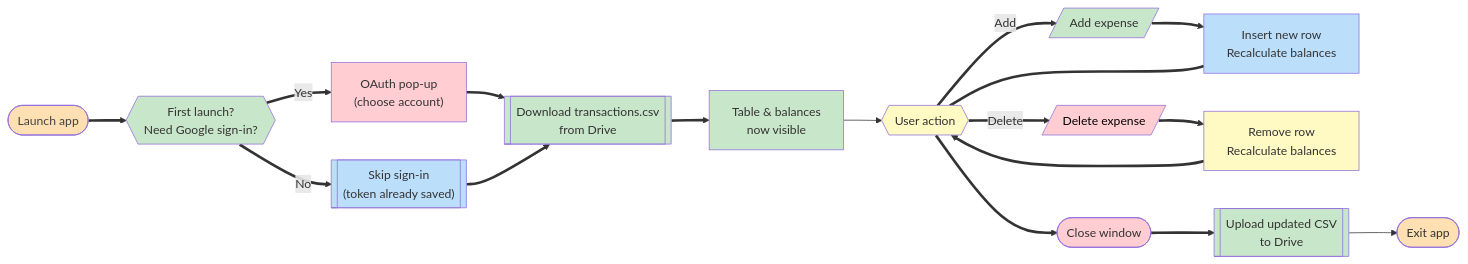
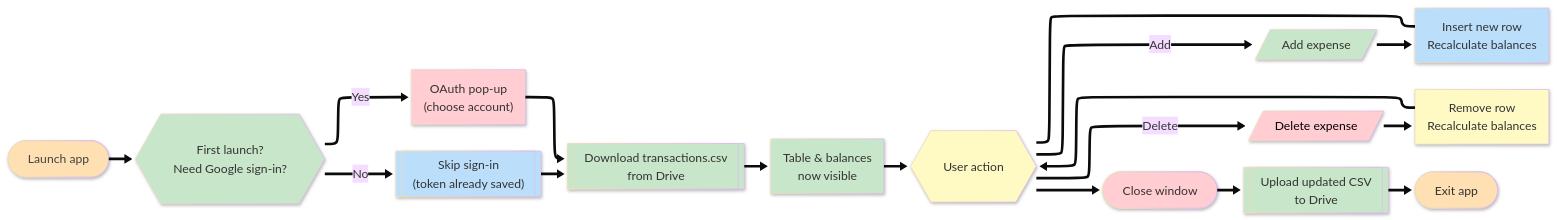
The diagram in app_workflow.md (adrianveen/splitter_app), drawn with Mermaid before and after one commit.

Commit message:
flow chart changes

````diff
--- a/app_workflow.md
+++ b/app_workflow.md
@@ -1,35 +1,39 @@
 ```mermaid
-%%{ init: { theme: "default", flowchart: { layout: "dagre" } } }%%
+---
+config:
+  layout: elk
+  look: neo
+  theme: base
+---
 flowchart LR
-    A(["Launch app"]) ==> B{{"First launch?<br/>Need Google sign-in?"}}
-    B == Yes ==> C["OAuth pop-up<br/>(choose account)"]
-    C ==> E[["Download transactions.csv<br/>from Drive"]]
-    B == No ==> D[["Skip sign-in<br/>(token already saved)"]]
+    A(["Launch app"]) ==> B{{"First launch?<br>Need Google sign-in?"}}
+    B == Yes ==> C["OAuth pop-up<br>(choose account)"]
+    C ==> E[["Download transactions.csv<br>from Drive"]]
+    B == No ==> D[["Skip sign-in<br>(token already saved)"]]
     D ==> E
-    E ==> F["Table & balances<br/>now visible"]
-    F --> G{{"User action"}}
+    E ==> F["Table &amp; balances<br>now visible"]
+    F ==> G{{"User action"}}
     G == Add ==> H[/"Add expense"/]
-    H ==> I["Insert new row<br/>Recalculate balances"]
+    H ==> I["Insert new row<br>Recalculate balances"]
     I === G
     G == Delete ==> J[/"Delete expense"/]
-    J ==> K["Remove row<br/>Recalculate balances"]
+    J ==> K["Remove row<br>Recalculate balances"]
     K ==> G
     G ==> L(["Close window"])
-    L ==> M[["Upload updated CSV<br/>to Drive"]]
-    M --> N(["Exit app"])
-    %%  colours (keep if you like – they inline fine)
+    L ==> M[["Upload updated CSV<br>to Drive"]]
+    M ==> N(["Exit app"])
     style A fill:#FFE0B2,color:#424242
     style B fill:#C8E6C9
     style C fill:#FFCDD2
+    style E fill:#C8E6C9
     style D fill:#BBDEFB
-    style E fill:#C8E6C9
     style F fill:#C8E6C9
     style G fill:#FFF9C4
     style H fill:#C8E6C9
     style I fill:#BBDEFB
     style J fill:#FFCDD2,color:#000
     style K fill:#FFF9C4
     style L fill:#FFCDD2
     style M fill:#C8E6C9
     style N fill:#FFE0B2
 ```
````
